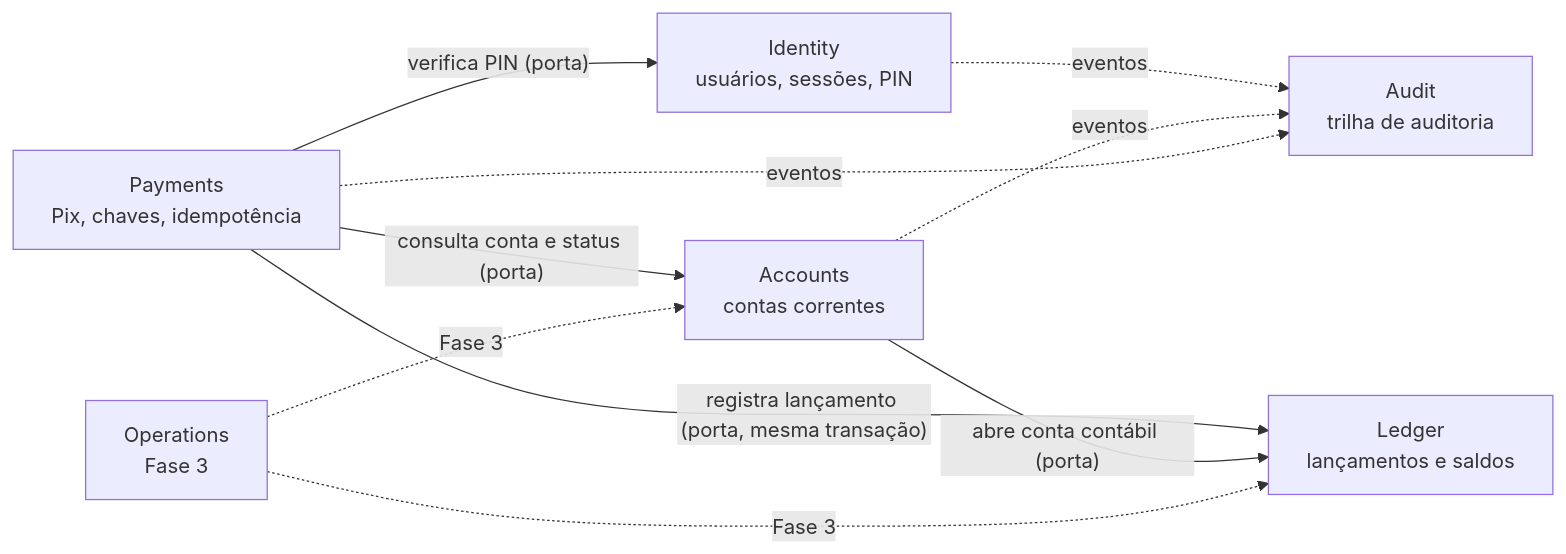
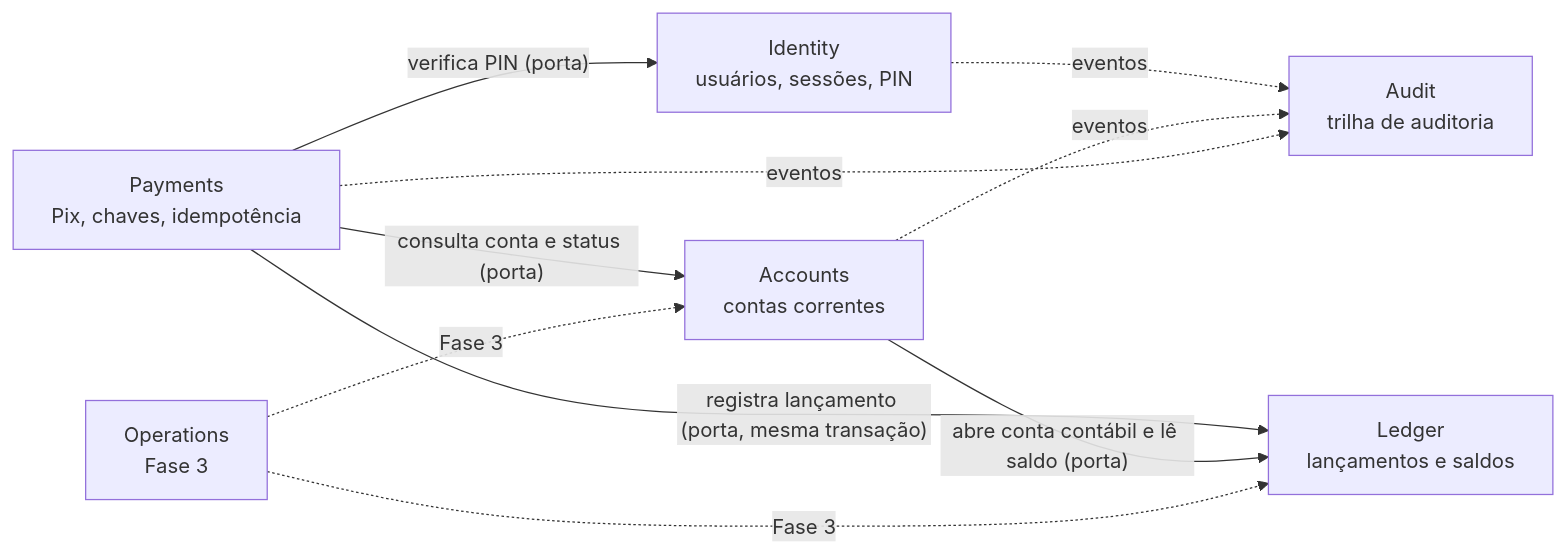
The first of 3 diagrams in docs/architecture/domain-model.md (renatomf/next-bank), drawn with Mermaid before and after one commit. The commit also changed 3 other files, not shown here.

````diff
--- a/docs/architecture/domain-model.md
+++ b/docs/architecture/domain-model.md
@@ -26,19 +26,19 @@
 ```mermaid
 flowchart LR
     ID[Identity<br/>usuários, sessões, PIN]
     AC[Accounts<br/>contas correntes]
     LE[Ledger<br/>lançamentos e saldos]
     PA[Payments<br/>Pix, chaves, idempotência]
     AU[Audit<br/>trilha de auditoria]
     OP[Operations<br/>Fase 3]
 
     PA -- "verifica PIN (porta)" --> ID
     PA -- "consulta conta e status (porta)" --> AC
     PA -- "registra lançamento (porta, mesma transação)" --> LE
-    AC -- "abre conta contábil (porta)" --> LE
+    AC -- "abre conta contábil e lê saldo (porta)" --> LE
     ID -. eventos .-> AU
     AC -. eventos .-> AU
     PA -. eventos .-> AU
     OP -. Fase 3 .-> AC
     OP -. Fase 3 .-> LE
 ```
````
